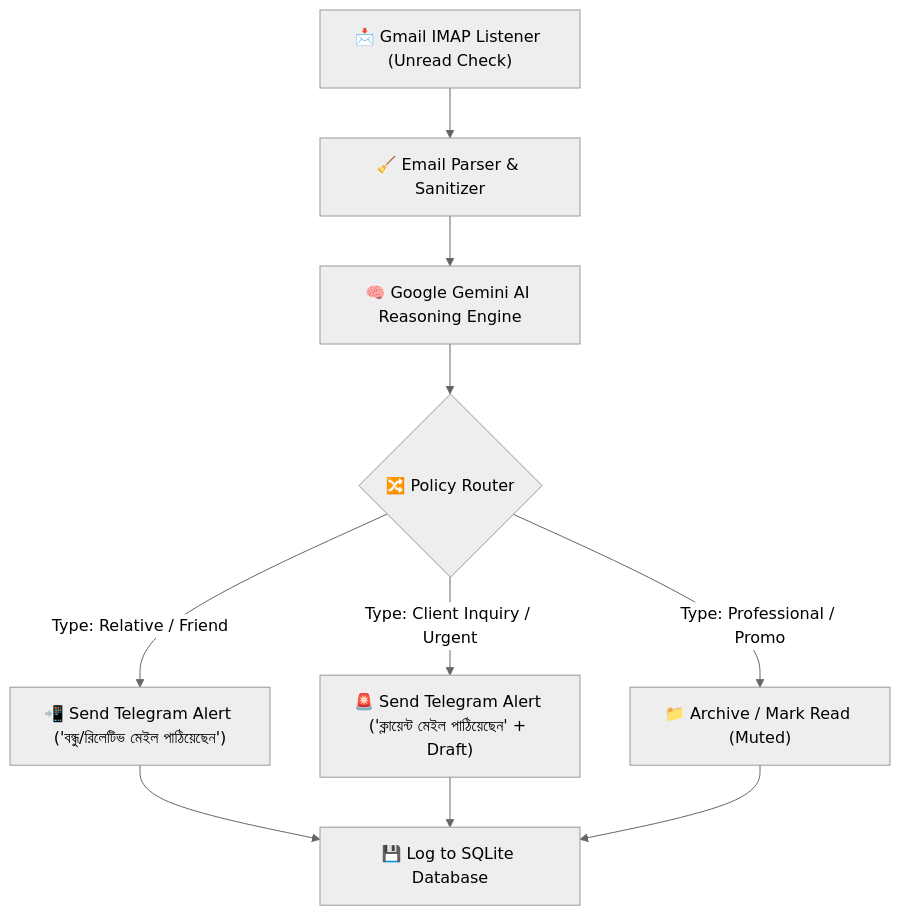
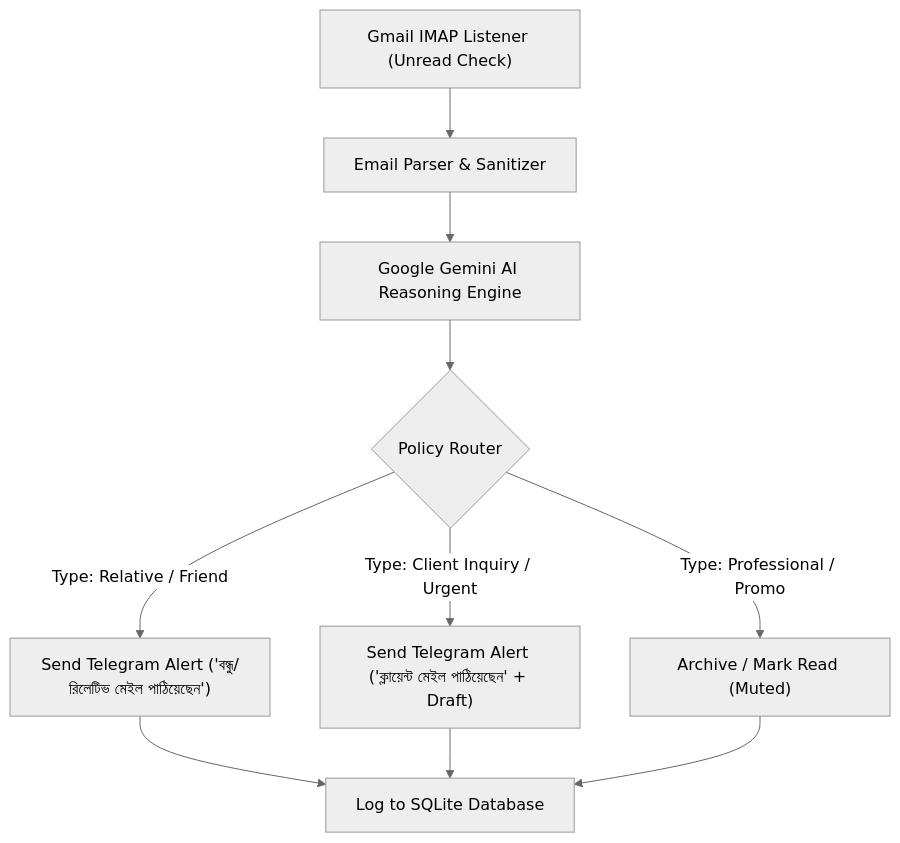
One commit to mdsharifmia-dev/Email-Automation changed the diagram in specs/email_agent_spec.md. Above: the diagram before and after it, drawn with Mermaid (neutral theme). The commit also changed 3 other files, not shown here.

````diff
--- a/specs/email_agent_spec.md
+++ b/specs/email_agent_spec.md
@@ -10,17 +10,17 @@
 ```mermaid
 flowchart TD
-    A["📩 Gmail IMAP Listener (Unread Check)"] --> B["🧹 Email Parser & Sanitizer"]
-    B --> C["🧠 Google Gemini AI Reasoning Engine"]
+    A[" Gmail IMAP Listener (Unread Check)"] --> B[" Email Parser & Sanitizer"]
+    B --> C[" Google Gemini AI Reasoning Engine"]
     
-    C --> D{"🔀 Policy Router"}
+    C --> D{" Policy Router"}
     
-    D -- "Type: Relative / Friend" --> F["📲 Send Telegram Alert ('বন্ধু/রিলেটিভ মেইল পাঠিয়েছেন')"]
+    D -- "Type: Relative / Friend" --> F[" Send Telegram Alert ('বন্ধু/রিলেটিভ মেইল পাঠিয়েছেন')"]
     
-    D -- "Type: Client Inquiry / Urgent" --> G["🚨 Send Telegram Alert ('ক্লায়েন্ট মেইল পাঠিয়েছেন' + Draft)"]
+    D -- "Type: Client Inquiry / Urgent" --> G[" Send Telegram Alert ('ক্লায়েন্ট মেইল পাঠিয়েছেন' + Draft)"]
     
-    D -- "Type: Professional / Promo" --> H["📁 Archive / Mark Read (Muted)"]
+    D -- "Type: Professional / Promo" --> H[" Archive / Mark Read (Muted)"]
     
-    F --> I["💾 Log to SQLite Database"]
+    F --> I[" Log to SQLite Database"]
     G --> I
     H --> I
 ```
````
